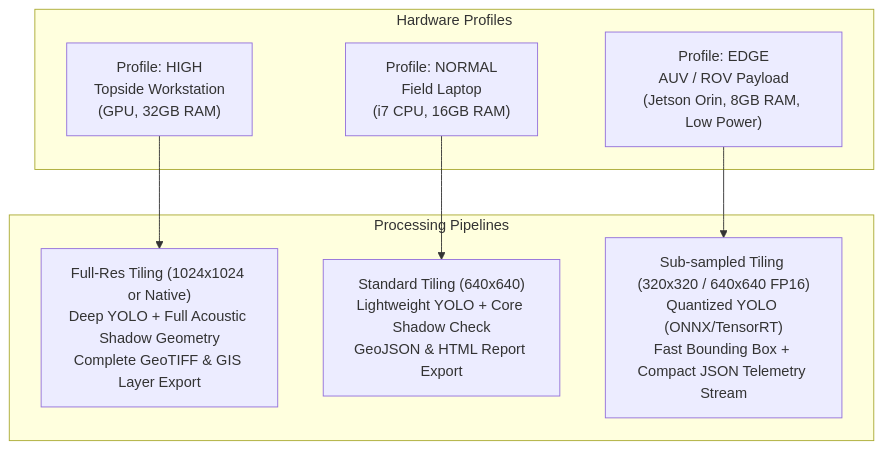
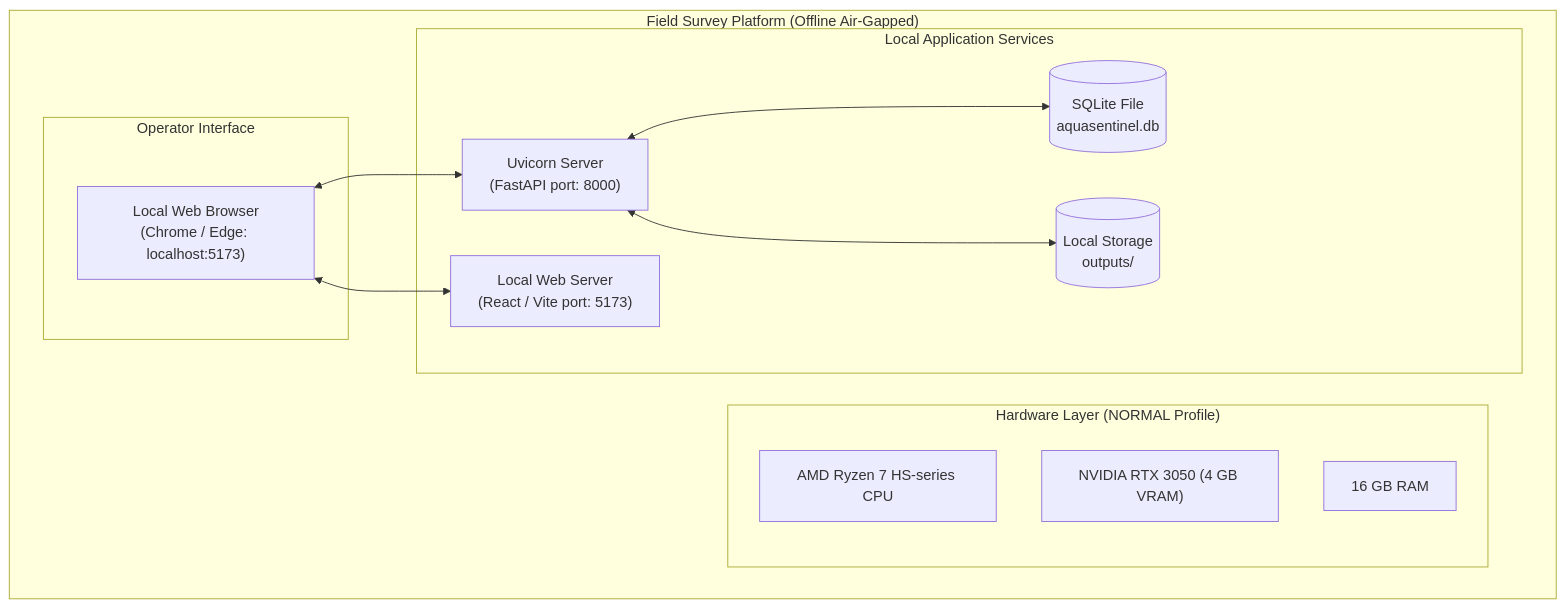
One commit to RaghavKacker/Aqua-Sentinel changed the tenth of 11 diagrams in PROJECT_SPECIFICATION.md. Above: the diagram before and after it, drawn with Mermaid. The commit also changed other lines of this file, not shown here.

Commit message:
Updated Specification rtx 3050 4gb

````diff
--- a/PROJECT_SPECIFICATION.md
+++ b/PROJECT_SPECIFICATION.md
@@ -725,18 +678,24 @@
 ```mermaid
 graph TD
-    subgraph Profiles ["Hardware Profiles"]
-        WORK["Profile: HIGH<br/>Topside Workstation<br/>(GPU, 32GB RAM)"]
-        LAP["Profile: NORMAL<br/>Field Laptop<br/>(i7 CPU, 16GB RAM)"]
-        EDGE["Profile: EDGE<br/>AUV / ROV Payload<br/>(Jetson Orin, 8GB RAM, Low Power)"]
+    subgraph Vessel_Topside ["Field Survey Platform (Offline Air-Gapped)"]
+        subgraph Hardware ["Hardware Layer (NORMAL Profile)"]
+            CPU["AMD Ryzen 7 HS-series CPU"]
+            GPU["NVIDIA RTX 3050 (4 GB VRAM)"]
+            RAM["16 GB RAM"]
+        end
+
+        subgraph Local_Services ["Local Application Services"]
+            UVICORN["Uvicorn Server<br/>(FastAPI port: 8000)"]
+            VITE_SRV["Local Web Server<br/>(React / Vite port: 5173)"]
+            DB_FILE[("SQLite File<br/>aquasentinel.db")]
+            STORE_DIR[("Local Storage<br/>outputs/")]
+            UVICORN <--> DB_FILE & STORE_DIR
+        end
+
+        subgraph Browser_Client ["Operator Interface"]
+            CLIENT["Local Web Browser<br/>(Chrome / Edge: localhost:5173)"]
+            CLIENT <--> VITE_SRV
+            CLIENT <--> UVICORN
+        end
     end
-
-    subgraph Pipelines ["Processing Pipelines"]
-        P_HIGH["Full-Res Tiling (1024x1024 or Native)<br/>Deep YOLO + Full Acoustic Shadow Geometry<br/>Complete GeoTIFF & GIS Layer Export"]
-        P_NORM["Standard Tiling (640x640)<br/>Lightweight YOLO + Core Shadow Check<br/>GeoJSON & HTML Report Export"]
-        P_EDGE["Sub-sampled Tiling (320x320 / 640x640 FP16)<br/>Quantized YOLO (ONNX/TensorRT)<br/>Fast Bounding Box + Compact JSON Telemetry Stream"]
-    end
-
-    WORK --> P_HIGH
-    LAP --> P_NORM
-    EDGE --> P_EDGE
 ```
````
